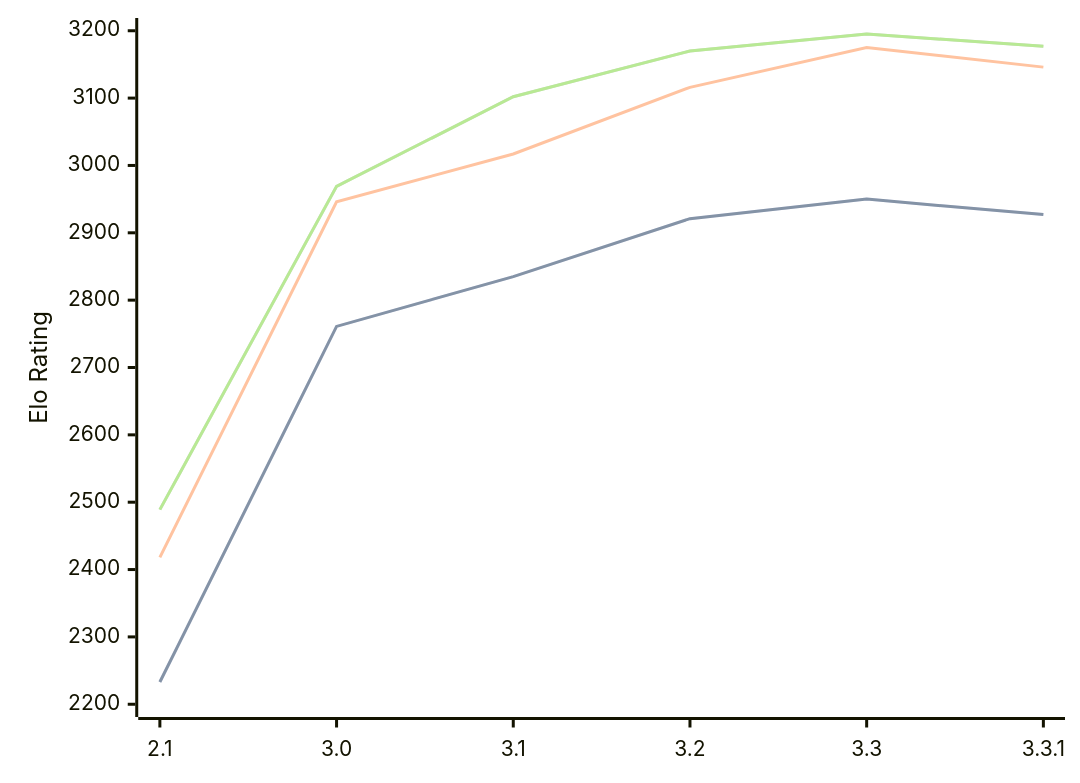
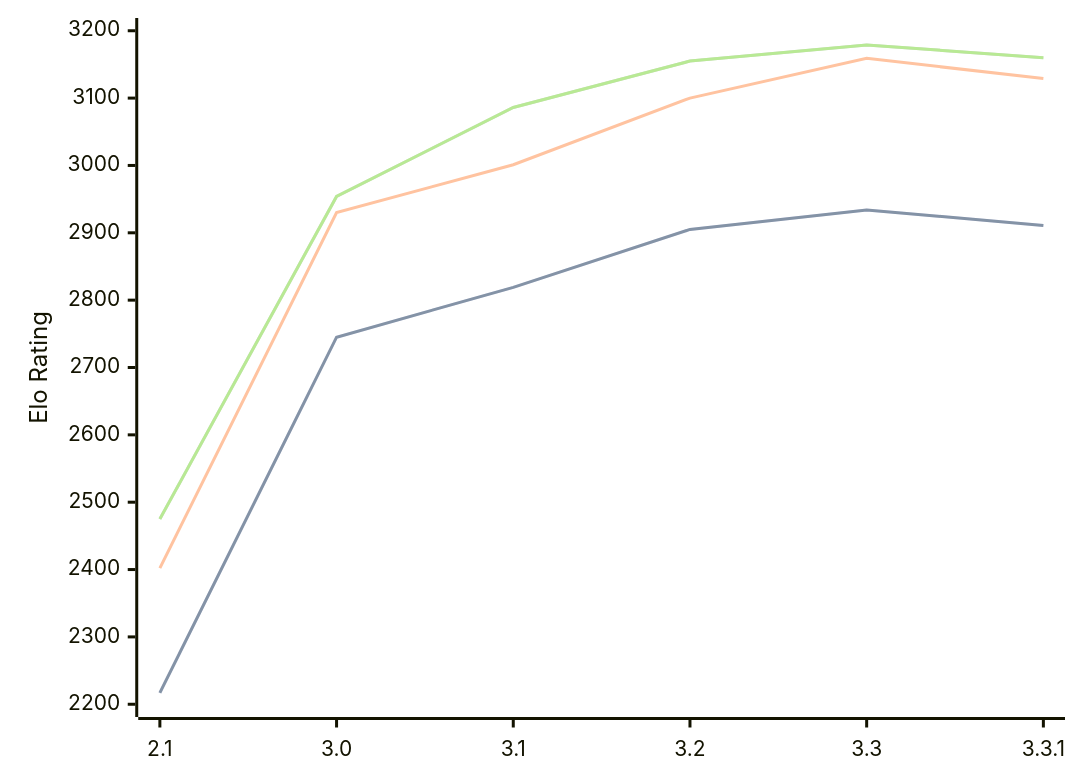
Before and after one commit to computer-chess-index/cci: the diagram in engines/Petrel.md, drawn with Mermaid. The commit also changed other lines of this file, not shown here.

Commit message:
Update CCI Ratings (ELO VLTC) - 2026-05-20

````diff
--- a/engines/Petrel.md
+++ b/engines/Petrel.md
@@ -45,11 +45,11 @@
 ```mermaid
 %%{init: {"theme":"base","themeVariables":{"seriesColors:['#a3a3a3','#222221','#faa371']}}}%%
 xychart-beta
   x-axis ["2.1", "3.0", "3.1", "3.2", "3.3", "3.3.1"]
   y-axis "Elo Rating" 2200 --> 3200
-  line "STC (8.0+0.08s)" [2233, 2761, 2835, 2921, 2950, 2927]
-  line "STC (8.0+0.08s)" [2233, 2761, 2835, 2921, 2950, 2927]
-  line "LTC (60.0+0.60s)" [2418, 2946, 3017, 3116, 3175, 3146]
-  line "VLTC (2m24s+1.12s)" [2489, 2969, 3102, 3170, 3195, 3177]
-  line "VLTC (2m24s+1.12s)" [2489, 2969, 3102, 3170, 3195, 3177]
+  line "STC (8.0+0.08s)" [2217, 2745, 2819, 2905, 2934, 2911]
+  line "STC (8.0+0.08s)" [2217, 2745, 2819, 2905, 2934, 2911]
+  line "LTC (60.0+0.60s)" [2402, 2930, 3001, 3100, 3159, 3129]
+  line "VLTC (2m24s+1.12s)" [2475, 2954, 3086, 3155, 3179, 3160]
+  line "VLTC (2m24s+1.12s)" [2475, 2954, 3086, 3155, 3179, 3160]
 ```
````
